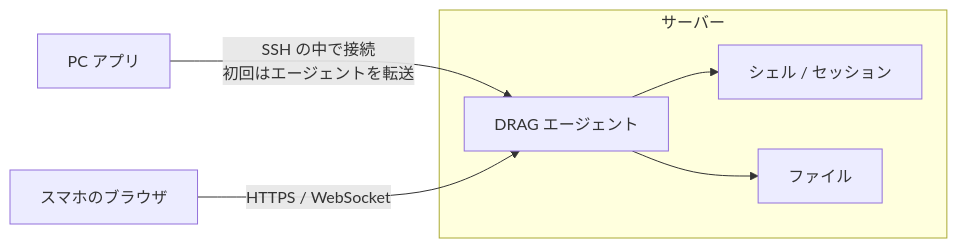
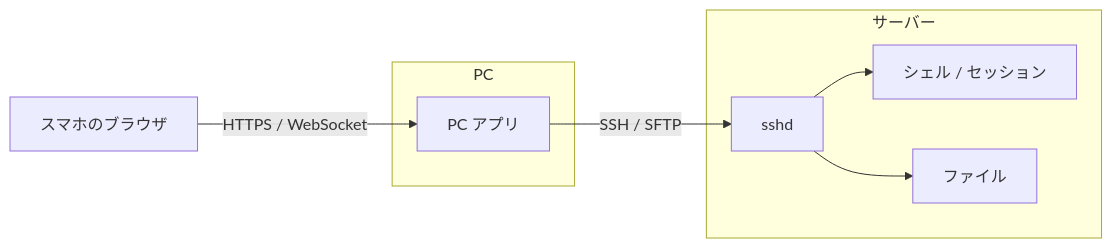
One commit to asutarisucu/DRAG changed the diagram in docs/proposal.md. Above: the diagram before and after it, drawn with Mermaid. The commit also changed other lines of this file and 1 other file, not shown here.

````diff
--- a/docs/proposal.md
+++ b/docs/proposal.md
@@ -112,14 +110,16 @@
 ```mermaid
 flowchart LR
-  App["PC アプリ"]
   Phone["スマホのブラウザ"]
+  subgraph PC["PC"]
+    App["PC アプリ"]
+  end
   subgraph Server["サーバー"]
-    Agent["DRAG エージェント"]
+    Sshd["sshd"]
     Shell["シェル / セッション"]
     Files["ファイル"]
   end
-  App -->|"SSH の中で接続<br>初回はエージェントを転送"| Agent
-  Phone -->|"HTTPS / WebSocket"| Agent
-  Agent --> Shell
-  Agent --> Files
+  Phone -->|"HTTPS / WebSocket"| App
+  App -->|"SSH / SFTP"| Sshd
+  Sshd --> Shell
+  Sshd --> Files
 ```
````
